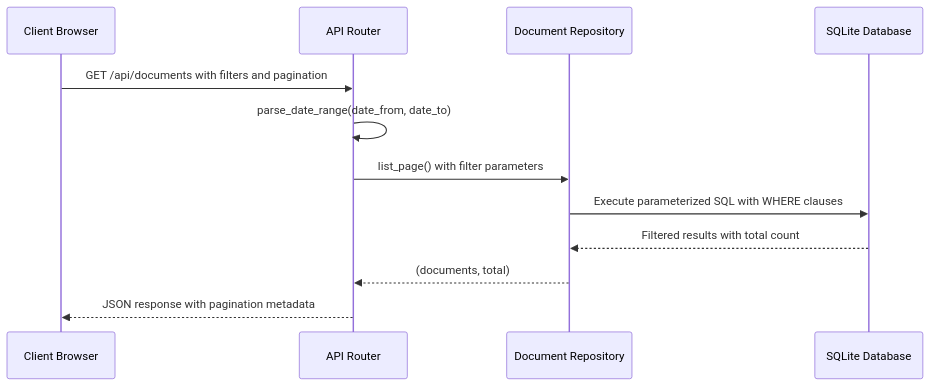
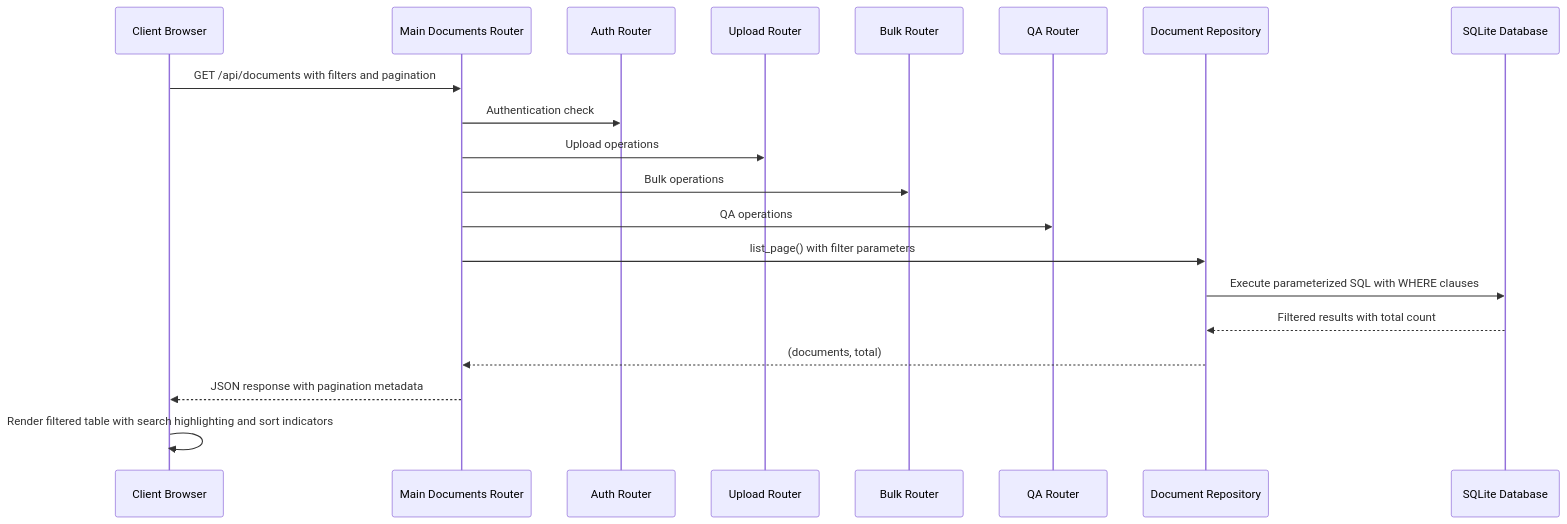
One commit to ognelis/cafetera_hr_bot changed the ninth of 26 diagrams in .qoder/repowiki/en/content/Document Management System.md. Above: the diagram before and after it, drawn with Mermaid. The commit also changed other lines of this file and 12 other files, not shown here.

````diff
--- a/.qoder/repowiki/en/content/Document Management System.md
+++ b/.qoder/repowiki/en/content/Document Management System.md
@@ -1204,14 +1225,22 @@
 ```mermaid
 sequenceDiagram
 participant Client as Client Browser
-participant API as API Router
+participant MainRouter as Main Documents Router
+participant AuthRouter as Auth Router
+participant UploadRouter as Upload Router
+participant BulkRouter as Bulk Router
+participant QARouter as QA Router
 participant Repo as Document Repository
 participant DB as SQLite Database
-Client->>API : GET /api/documents with filters and pagination
-API->>API : parse_date_range(date_from, date_to)
-API->>Repo : list_page() with filter parameters
+Client->>MainRouter : GET /api/documents with filters and pagination
+MainRouter->>AuthRouter : Authentication check
+MainRouter->>UploadRouter : Upload operations
+MainRouter->>BulkRouter : Bulk operations
+MainRouter->>QARouter : QA operations
+MainRouter->>Repo : list_page() with filter parameters
 Repo->>DB : Execute parameterized SQL with WHERE clauses
 DB-->>Repo : Filtered results with total count
-Repo-->>API : (documents, total)
-API-->>Client : JSON response with pagination metadata
+Repo-->>MainRouter : (documents, total)
+MainRouter-->>Client : JSON response with pagination metadata
+Client->>Client : Render filtered table with search highlighting and sort indicators
 ```
````
